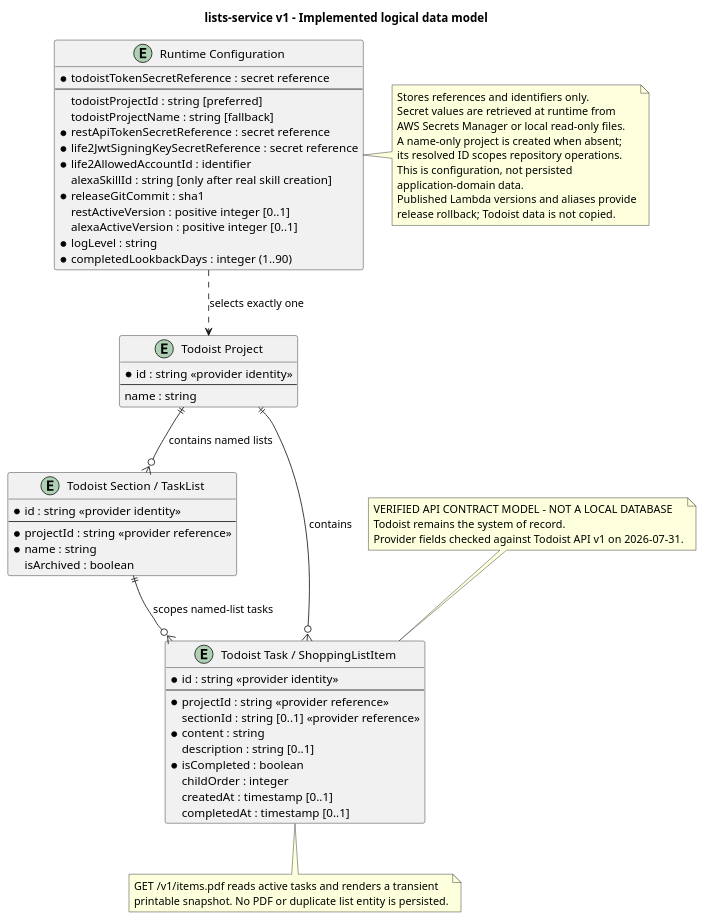
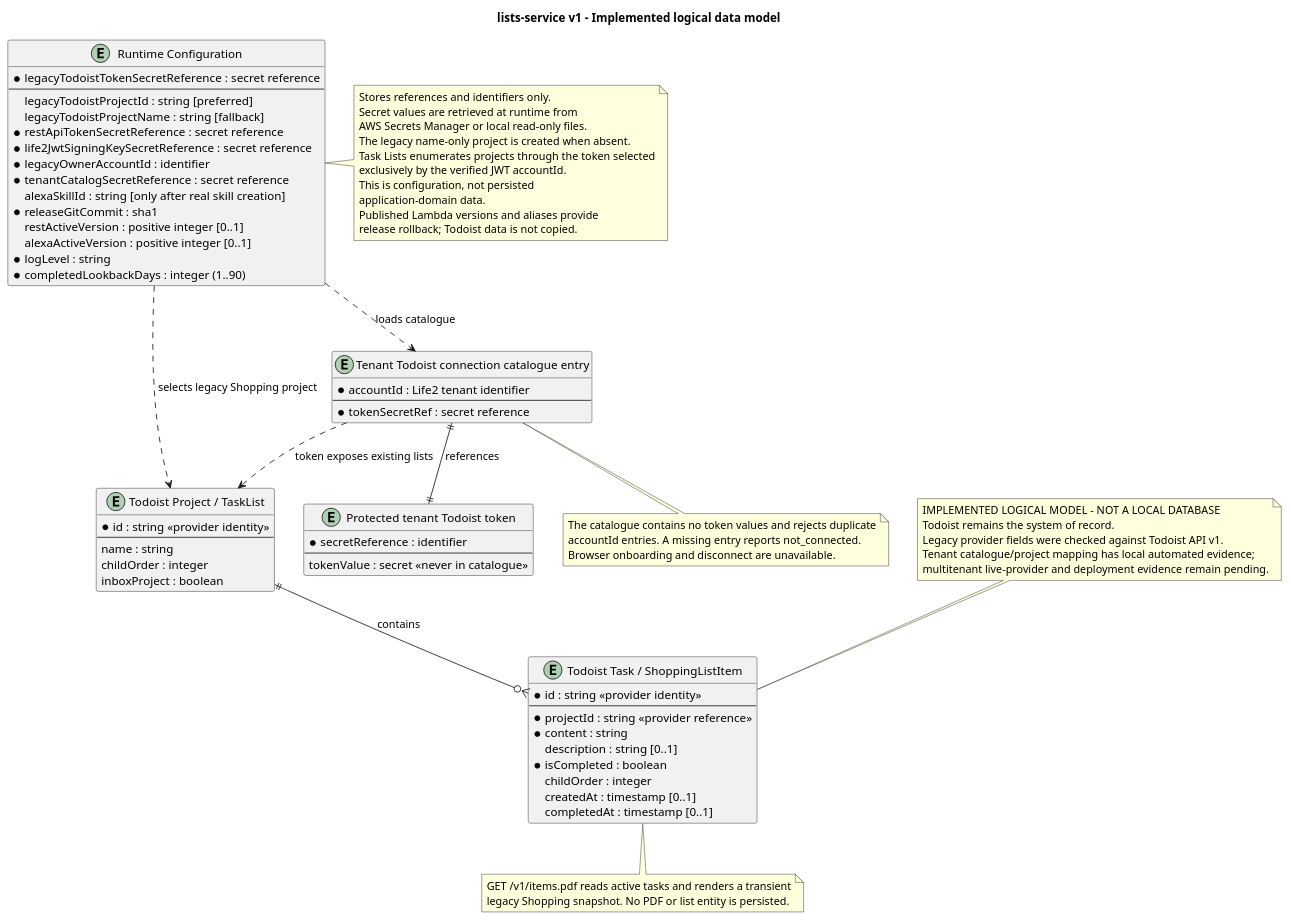
One commit to ralfepoisson/lists-service changed the diagram in docs/architecture/erd.puml. Above: the diagram before and after it, drawn with PlantUML. The commit also changed 35 other files, not shown here.

Commit message:
feat: scope Todoist task lists by tenant

```diff
--- a/docs/architecture/erd.puml
+++ b/docs/architecture/erd.puml
@@ -1,81 +1,97 @@
 @startuml
 title lists-service v1 - Implemented logical data model
 
 hide methods
 hide stereotypes
 skinparam shadowing false
 
 note as StatusNote
-  VERIFIED API CONTRACT MODEL - NOT A LOCAL DATABASE
+  IMPLEMENTED LOGICAL MODEL - NOT A LOCAL DATABASE
   Todoist remains the system of record.
-  Provider fields checked against Todoist API v1 on 2026-07-31.
+  Legacy provider fields were checked against Todoist API v1.
+  Tenant catalogue/project mapping has local automated evidence;
+  multitenant live-provider and deployment evidence remain pending.
 end note
 
-entity "Todoist Project" as Project {
+entity "Todoist Project / TaskList" as Project {
   * id : string <<provider identity>>
   --
   name : string
-}
-
-entity "Todoist Section / TaskList" as TaskList {
-  * id : string <<provider identity>>
-  --
-  * projectId : string <<provider reference>>
-  * name : string
-  isArchived : boolean
+  childOrder : integer
+  inboxProject : boolean
 }
 
 entity "Todoist Task / ShoppingListItem" as Item {
   * id : string <<provider identity>>
   --
   * projectId : string <<provider reference>>
-  sectionId : string [0..1] <<provider reference>>
   * content : string
   description : string [0..1]
   * isCompleted : boolean
   childOrder : integer
   createdAt : timestamp [0..1]
   completedAt : timestamp [0..1]
 }
 
 entity "Runtime Configuration" as Configuration {
-  * todoistTokenSecretReference : secret reference
+  * legacyTodoistTokenSecretReference : secret reference
   --
-  todoistProjectId : string [preferred]
-  todoistProjectName : string [fallback]
+  legacyTodoistProjectId : string [preferred]
+  legacyTodoistProjectName : string [fallback]
   * restApiTokenSecretReference : secret reference
   * life2JwtSigningKeySecretReference : secret reference
-  * life2AllowedAccountId : identifier
+  * legacyOwnerAccountId : identifier
+  * tenantCatalogSecretReference : secret reference
   alexaSkillId : string [only after real skill creation]
   * releaseGitCommit : sha1
   restActiveVersion : positive integer [0..1]
   alexaActiveVersion : positive integer [0..1]
   * logLevel : string
   * completedLookbackDays : integer (1..90)
 }
 
+entity "Tenant Todoist connection catalogue entry" as Connection {
+  * accountId : Life2 tenant identifier
+  --
+  * tokenSecretRef : secret reference
+}
+
+entity "Protected tenant Todoist token" as TenantToken {
+  * secretReference : identifier
+  --
+  tokenValue : secret <<never in catalogue>>
+}
+
 Project ||--o{ Item : contains
-Project ||--o{ TaskList : contains named lists
-TaskList ||--o{ Item : scopes named-list tasks
-Configuration ..> Project : selects exactly one
+Connection ..> Project : token exposes existing lists
+Connection ||--|| TenantToken : references
+Configuration ..> Connection : loads catalogue
+Configuration ..> Project : selects legacy Shopping project
 
 note right of Configuration
   Stores references and identifiers only.
   Secret values are retrieved at runtime from
   AWS Secrets Manager or local read-only files.
-  A name-only project is created when absent;
-  its resolved ID scopes repository operations.
+  The legacy name-only project is created when absent.
+  Task Lists enumerates projects through the token selected
+  exclusively by the verified JWT accountId.
   This is configuration, not persisted
   application-domain data.
   Published Lambda versions and aliases provide
   release rollback; Todoist data is not copied.
 end note
 
+note bottom of Connection
+  The catalogue contains no token values and rejects duplicate
+  accountId entries. A missing entry reports not_connected.
+  Browser onboarding and disconnect are unavailable.
+end note
+
 note bottom of Item
   GET /v1/items.pdf reads active tasks and renders a transient
-  printable snapshot. No PDF or duplicate list entity is persisted.
+  legacy Shopping snapshot. No PDF or list entity is persisted.
 end note
 
 StatusNote .. Item
 
 @enduml
```
